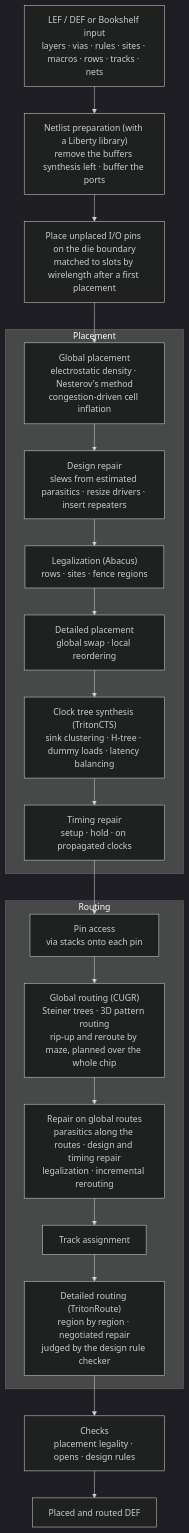
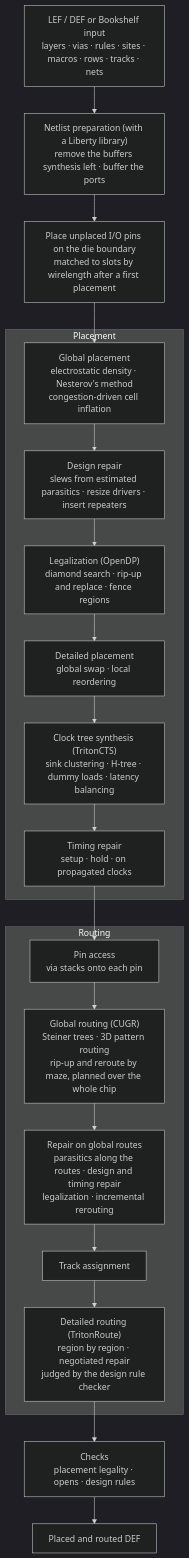
One commit to willmccallion/vlsi-physical-design changed the diagram in README.md. Above: the diagram before and after it, drawn with Mermaid (dark theme). The commit also changed other lines of this file, not shown here.

Commit message:
Remeasure the whole flows with OpenDP legalization

````diff
--- a/README.md
+++ b/README.md
@@ -120,28 +120,28 @@
 ```mermaid
 flowchart TD
     INPUT["LEF / DEF or Bookshelf input<br/>layers · vias · rules · sites · macros · rows · tracks · nets"]
     NL["Netlist preparation (with a Liberty library)<br/>remove the buffers synthesis left · buffer the ports"]
     IO["Place unplaced I/O pins on the die boundary<br/>matched to slots by wirelength after a first placement"]
 
     subgraph PL["Placement"]
         GP["Global placement<br/>electrostatic density · Nesterov's method<br/>congestion-driven cell inflation"]
         RD["Design repair<br/>slews from estimated parasitics · resize drivers · insert repeaters"]
-        LEG["Legalization (Abacus)<br/>rows · sites · fence regions"]
+        LEG["Legalization (OpenDP)<br/>diamond search · rip-up and replace · fence regions"]
         DP["Detailed placement<br/>global swap · local reordering"]
         CTS["Clock tree synthesis (TritonCTS)<br/>sink clustering · H-tree · dummy loads · latency balancing"]
         TR["Timing repair<br/>setup · hold · on propagated clocks"]
     end
 
     subgraph RT["Routing"]
         PA["Pin access<br/>via stacks onto each pin"]
         GR["Global routing (CUGR)<br/>Steiner trees · 3D pattern routing<br/>rip-up and reroute by maze, planned over the whole chip"]
         GRR["Repair on global routes<br/>parasitics along the routes · design and timing repair<br/>legalization · incremental rerouting"]
         TA["Track assignment"]
         DR["Detailed routing (TritonRoute)<br/>region by region · negotiated repair<br/>judged by the design rule checker"]
     end
 
     CHK["Checks<br/>placement legality · opens · design rules"]
     OUT["Placed and routed DEF"]
 
     INPUT --> NL --> IO --> GP --> RD --> LEG --> DP --> CTS --> TR --> PA --> GR --> GRR --> TA --> DR --> CHK --> OUT
 ```
````
